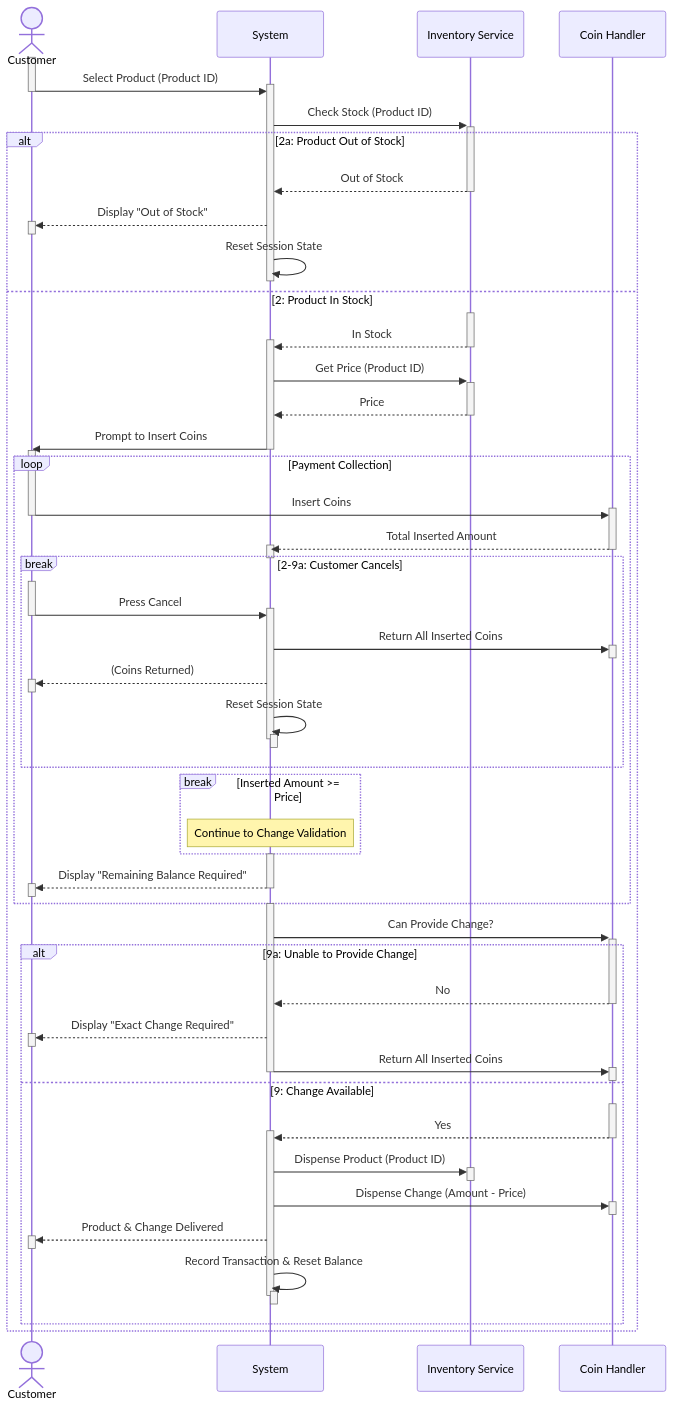
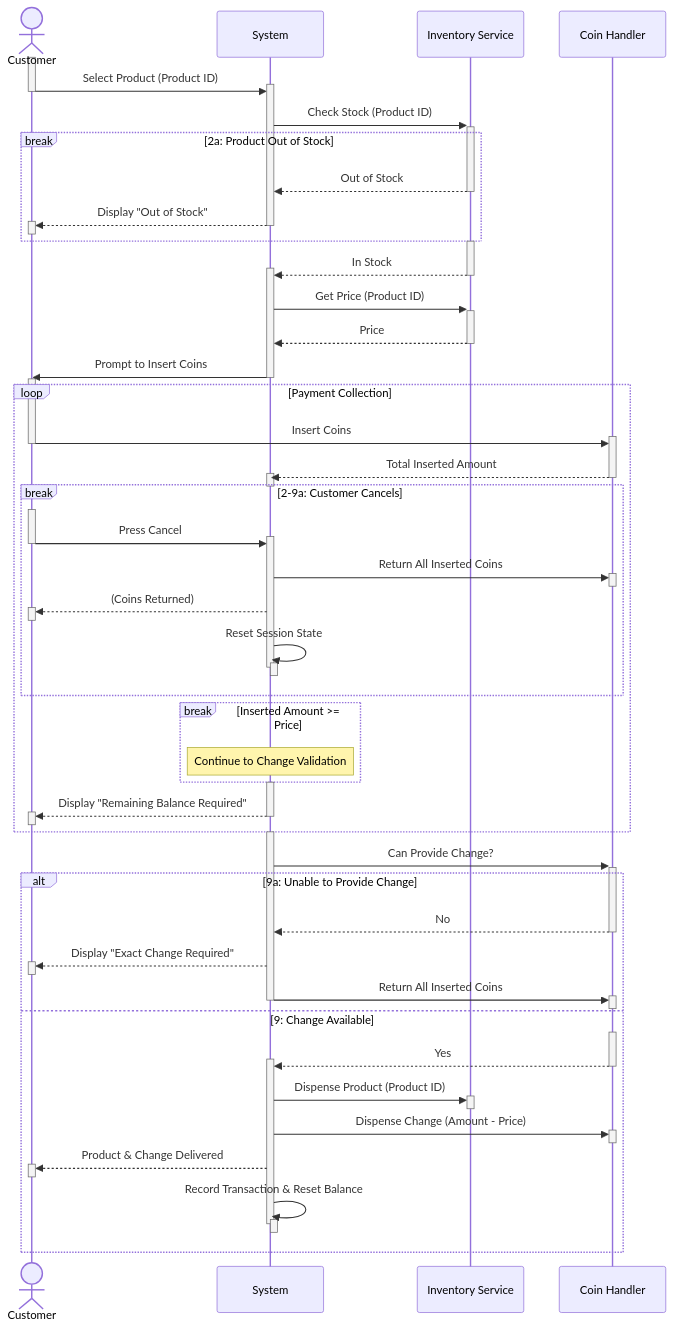
The diagram in examples/vending_machine/sq_diagram.mmd (DomSz4bo/bc-project), drawn with Mermaid before and after one commit.

Commit message:
Update vending machine sqd

```diff
--- a/examples/vending_machine/sq_diagram.mmd
+++ b/examples/vending_machine/sq_diagram.mmd
@@ -1,85 +1,86 @@
 sequenceDiagram
     %% autonumber
     actor Customer
     participant System
     participant Inventory as Inventory Service
     participant Bank as Coin Handler
 
     activate Customer
     Customer->>+System: Select Product (Product ID)
     deactivate Customer
     
     System->>+Inventory: Check Stock (Product ID)
 
-    alt 2a: Product Out of Stock
+    break 2a: Product Out of Stock
         Inventory-->>System: Out of Stock
         deactivate Inventory
         System-->>+Customer: Display "Out of Stock"
         deactivate Customer
-        System->>-System: Reset Session State
-    else 2: Product In Stock       
-        activate Inventory
-        Inventory-->>+System: In Stock  
-        deactivate Inventory
-        System->>+Inventory: Get Price (Product ID)
-        Inventory-->>System: Price
-        deactivate Inventory
-        System->>-Customer: Prompt to Insert Coins
-        activate Customer
+        deactivate System
+    end
+    
+    activate Inventory
+    Inventory-->>+System: In Stock  
+    deactivate Inventory
+    System->>+Inventory: Get Price (Product ID)
+    Inventory-->>System: Price
+    deactivate Inventory
+    System->>-Customer: Prompt to Insert Coins
+    activate Customer
 
-        loop Payment Collection
-            Customer->>+Bank: Insert Coins
+    loop Payment Collection
+        Customer->>+Bank: Insert Coins
+        deactivate Customer
+        Bank-->>-System: Total Inserted Amount
+        activate System
+        deactivate System
+
+        break 2-9a: Customer Cancels
+            activate Customer
+            Customer->>+System: Press Cancel
             deactivate Customer
-            Bank-->>-System: Total Inserted Amount
-            activate System
+            System->>+Bank: Return All Inserted Coins
+            deactivate Bank
+            System-->>+Customer: (Coins Returned)
+            deactivate Customer
+            System->>+System: Reset Session State
             deactivate System
-
-            break 2-9a: Customer Cancels
-                activate Customer
-                Customer->>+System: Press Cancel
-                deactivate Customer
-                System->>+Bank: Return All Inserted Coins
-                deactivate Bank
-                System-->>+Customer: (Coins Returned)
-                deactivate Customer
-                System->>+System: Reset Session State
-                deactivate System
-                deactivate System
-            end
-
-            break Inserted Amount >= Price
-                Note over System: Continue to Change Validation
-            end
-            
-            activate System
-            System-->>+Customer: Display "Remaining Balance Required"
-            deactivate Customer
             deactivate System
         end
 
+        break Inserted Amount >= Price
+            Note over System: Continue to Change Validation
+        end
+            
         activate System
-        System->>+Bank: Can Provide Change?
+        System-->>+Customer: Display "Remaining Balance Required"
+        deactivate Customer
+        deactivate System
+    end
+
+    activate System
+    System->>+Bank: Can Provide Change?
         
-        alt 9a: Unable to Provide Change
-            Bank-->>System: No
-            deactivate Bank
-            System-->>+Customer: Display "Exact Change Required"
-            deactivate Customer
-            System->>+Bank: Return All Inserted Coins
-            deactivate System
-            deactivate Bank
-        else 9: Change Available
-            activate Bank
-            Bank-->>+System: Yes
-            deactivate Bank
-            System->>+Inventory: Dispense Product (Product ID)
-            deactivate Inventory
-            System->>+Bank: Dispense Change (Amount - Price)
-            deactivate Bank
-            System-->>+Customer: Product & Change Delivered
-            deactivate Customer
-            System->>+System: Record Transaction & Reset Balance
-            deactivate System
-            deactivate System
-        end
-    end
+    alt 9a: Unable to Provide Change
+        Bank-->>System: No
+        deactivate Bank
+        System-->>+Customer: Display "Exact Change Required"
+        deactivate Customer
+        System->>+Bank: Return All Inserted Coins
+        deactivate System
+        deactivate Bank
+        
+    else 9: Change Available
+        activate Bank
+        Bank-->>+System: Yes
+        deactivate Bank
+        System->>+Inventory: Dispense Product (Product ID)
+        deactivate Inventory
+        System->>+Bank: Dispense Change (Amount - Price)
+        deactivate Bank
+        System-->>+Customer: Product & Change Delivered
+        deactivate Customer
+        System->>+System: Record Transaction & Reset Balance
+        deactivate System
+        deactivate System
+end
```
